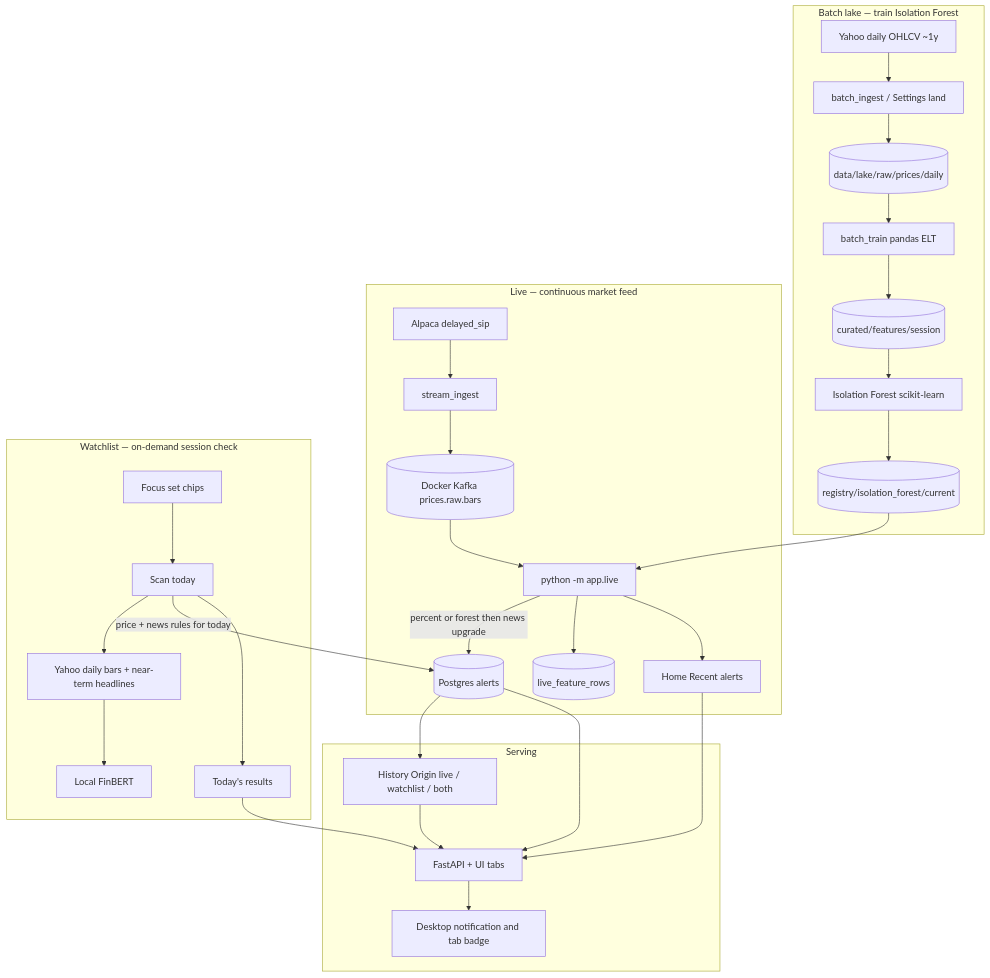
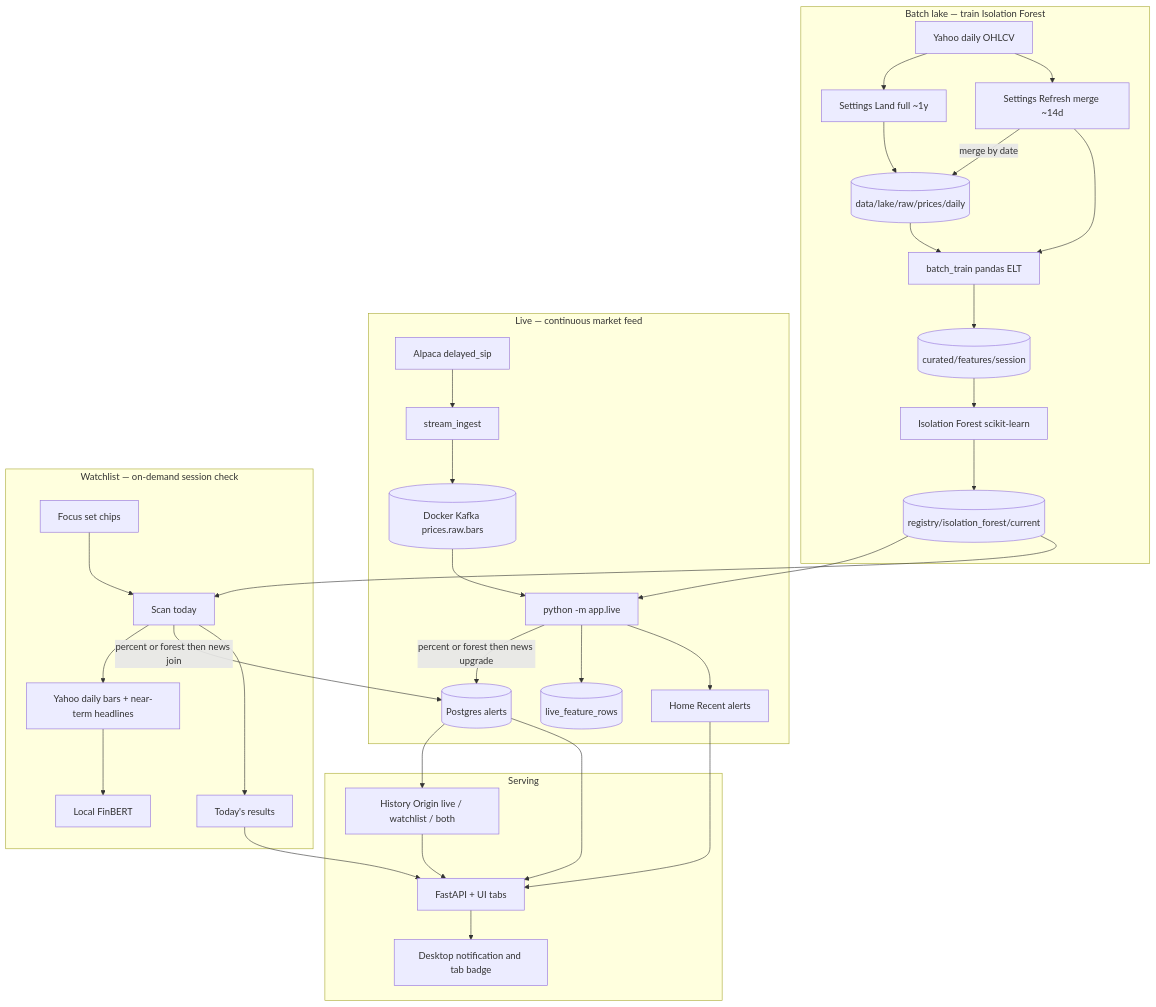
The first of 10 diagrams in docs/architecture.md (sameerde4/ticker-alert-system), drawn with Mermaid before and after one commit. The commit also changed other lines of this file and 9 other files, not shown here.

First line of the commit message:
Document forest parity, lake refresh, and forest-aware wording across diagrams.

````diff
--- a/docs/architecture.md
+++ b/docs/architecture.md
@@ -90,38 +93,42 @@
 ```mermaid
 flowchart TB
     subgraph batch [Batch lake — train Isolation Forest]
-        YF[Yahoo daily OHLCV ~1y] --> LAND[batch_ingest / Settings land]
+        YF[Yahoo daily OHLCV] --> LAND[Settings Land full ~1y]
+        YF --> REF[Settings Refresh merge ~14d]
         LAND --> RAW[(data/lake/raw/prices/daily)]
-        RAW --> BT[batch_train pandas ELT]
+        REF -->|merge by date| RAW
+        REF --> BT[batch_train pandas ELT]
+        RAW --> BT
         BT --> CUR[(curated/features/session)]
         CUR --> IF[Isolation Forest scikit-learn]
         IF --> REG[(registry/isolation_forest/current)]
     end
 
     subgraph stream [Live — continuous market feed]
         ALP[Alpaca delayed_sip] --> PROD[stream_ingest]
         PROD --> KAFKA[(Docker Kafka prices.raw.bars)]
         KAFKA --> LIVE[python -m app.live]
         REG --> LIVE
         LIVE -->|percent or forest then news upgrade| PG[(Postgres alerts)]
         LIVE --> FEAT[(live_feature_rows)]
         LIVE --> HOME[Home Recent alerts]
     end
 
     subgraph watch [Watchlist — on-demand session check]
         WL[Focus set chips] --> RUN[Scan today]
         RUN --> YB[Yahoo daily bars + near-term headlines]
         YB --> FB[Local FinBERT]
-        RUN -->|price + news rules for today| PG
+        REG --> RUN
+        RUN -->|percent or forest then news join| PG
         RUN --> CHECK[Today's results]
     end
 
     subgraph serve [Serving]
         PG --> HIST[History Origin live / watchlist / both]
         PG --> API[FastAPI + UI tabs]
         API --> NOTE[Desktop notification and tab badge]
         HOME --> API
         CHECK --> API
         HIST --> API
     end
 ```
````
